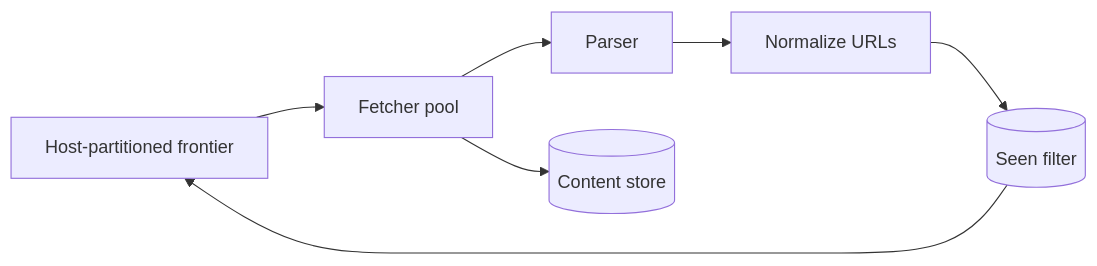
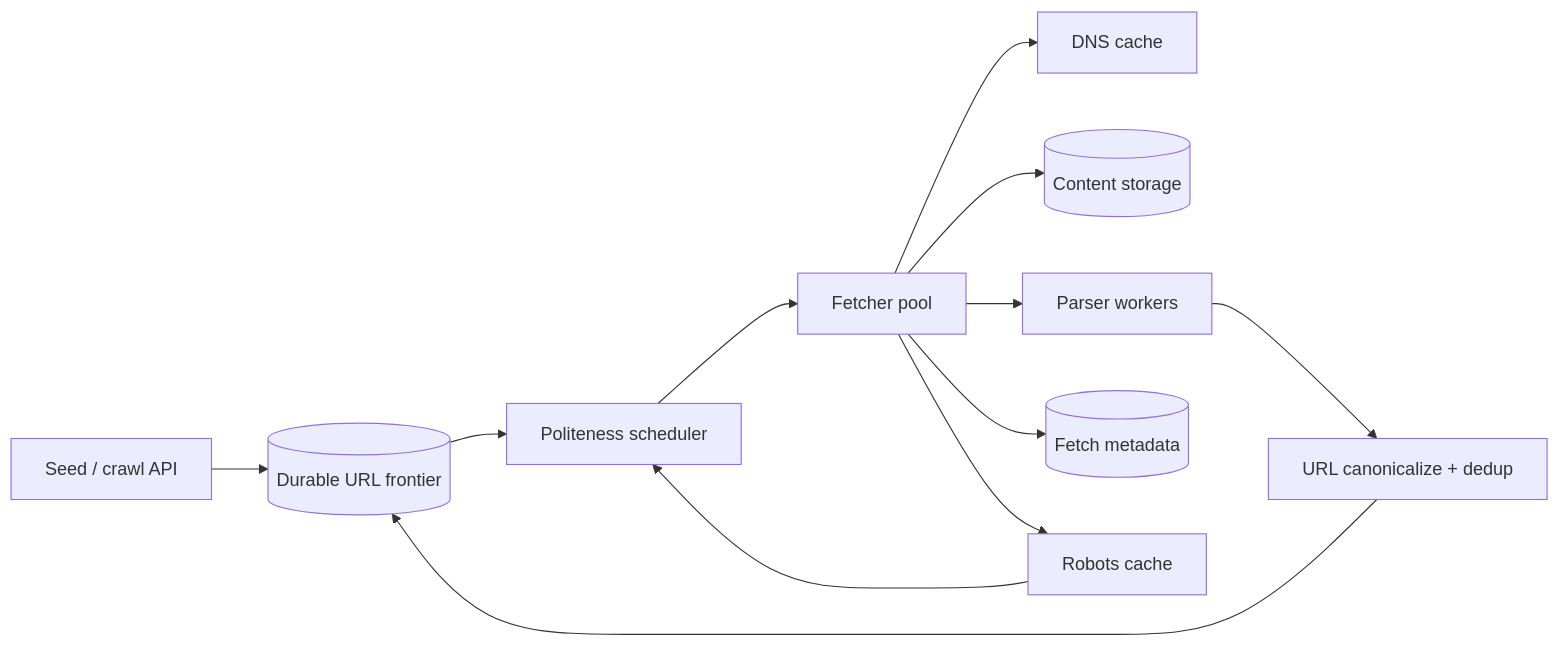
One commit to yangzichao/www changed the diagram in src/content/blog/system-design/web-crawler.md. Above: the diagram before and after it, drawn with Mermaid. The commit also changed other lines of this file and 9 other files, not shown here.

````diff
--- a/src/content/blog/system-design/web-crawler.md
+++ b/src/content/blog/system-design/web-crawler.md
@@ -82,9 +343,14 @@
 ```mermaid
 flowchart LR
-  F[Host-partitioned frontier] --> W[Fetcher pool]
-  W --> P[Parser]
-  P --> N[Normalize URLs]
-  N --> D[(Seen filter)]
+  U[Seed / crawl API] --> F[(Durable URL frontier)]
+  F --> S[Politeness scheduler]
+  S --> W[Fetcher pool]
+  W --> DNS[DNS cache]
+  W --> O[(Content storage)]
+  W --> P[Parser workers]
+  P --> D[URL canonicalize + dedup]
   D --> F
-  W --> O[(Content store)]
+  W --> M[(Fetch metadata)]
+  R[Robots cache] --> S
+  W --> R
 ```
````
